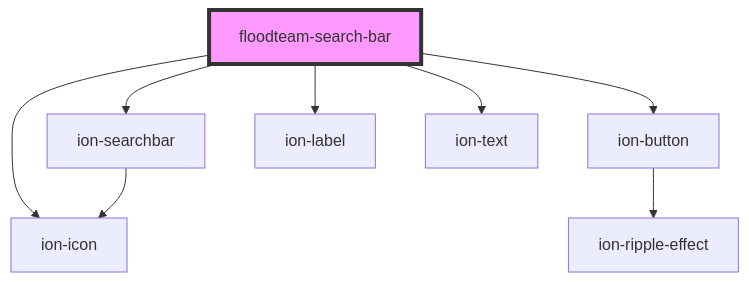
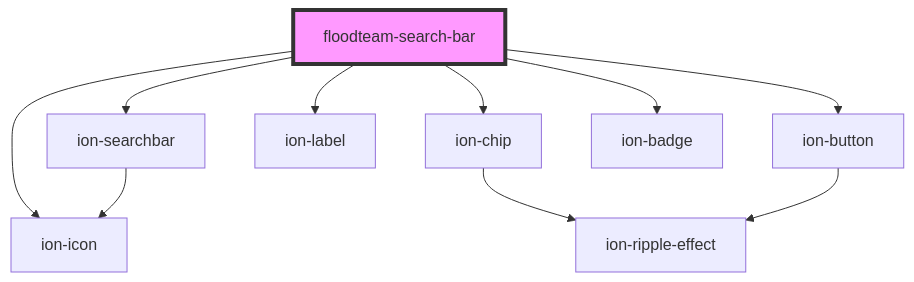
Before and after one commit to FloodTeam/components: the diagram in src/components/search-bar/readme.md, drawn with Mermaid. The commit also changed other lines of this file and 9 other files, not shown here.

Commit message:
fix(search-bar): Update styles for searching and filtering

````diff
--- a/src/components/search-bar/readme.md
+++ b/src/components/search-bar/readme.md
@@ -75,11 +57,13 @@
 ```mermaid
 graph TD;
   floodteam-search-bar --> ion-searchbar
-  floodteam-search-bar --> ion-button
+  floodteam-search-bar --> ion-chip
   floodteam-search-bar --> ion-icon
   floodteam-search-bar --> ion-label
-  floodteam-search-bar --> ion-text
+  floodteam-search-bar --> ion-button
+  floodteam-search-bar --> ion-badge
   ion-searchbar --> ion-icon
+  ion-chip --> ion-ripple-effect
   ion-button --> ion-ripple-effect
   style floodteam-search-bar fill:#f9f,stroke:#333,stroke-width:4px
 ```
````
